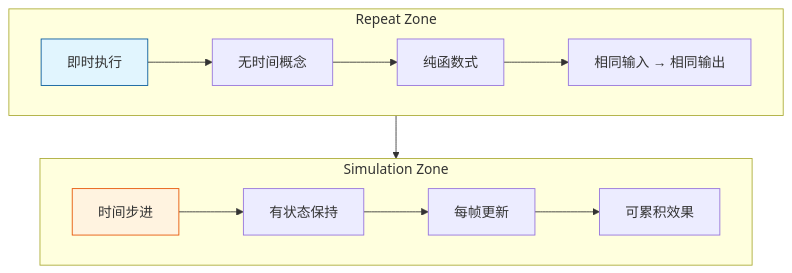
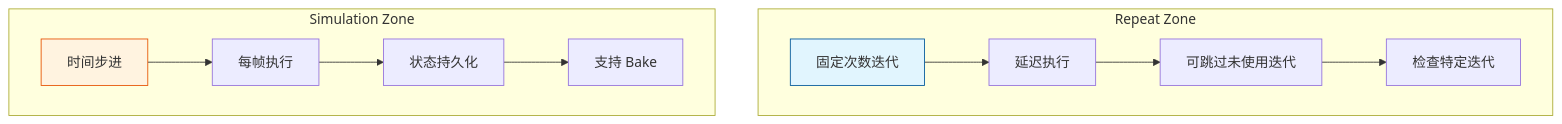
One commit to yunkezengren/blender-.vscode changed the first of 3 diagrams in 杂/markdown/学习节点/RepeatZone/06_RepeatZone_Comparison.md. Above: the diagram before and after it, drawn with Mermaid. The commit also changed other lines of this file and 6 other files, not shown here.

````diff
--- a/杂/markdown/学习节点/RepeatZone/06_RepeatZone_Comparison.md
+++ b/杂/markdown/学习节点/RepeatZone/06_RepeatZone_Comparison.md
@@ -9,19 +20,17 @@
 ```mermaid
 flowchart TB
     subgraph RepeatZone["Repeat Zone"]
-        A["即时执行"] --> B["无时间概念"]
-        B --> C["纯函数式"]
-        C --> D["相同输入 → 相同输出"]
+        A["固定次数迭代"] --> B["延迟执行"]
+        B --> C["可跳过未使用迭代"]
+        C --> D["检查特定迭代"]
     end
     
     subgraph SimulationZone["Simulation Zone"]
-        E["时间步进"] --> F["有状态保持"]
-        F --> G["每帧更新"]
-        G --> H["可累积效果"]
+        E["时间步进"] --> F["每帧执行"]
+        F --> G["状态持久化"]
+        G --> H["支持 Bake"]
     end
-    
-    RepeatZone --> SimulationZone
     
     style A fill:#e1f5fe,stroke:#01579b
     style E fill:#fff3e0,stroke:#e65100
 ```
````
